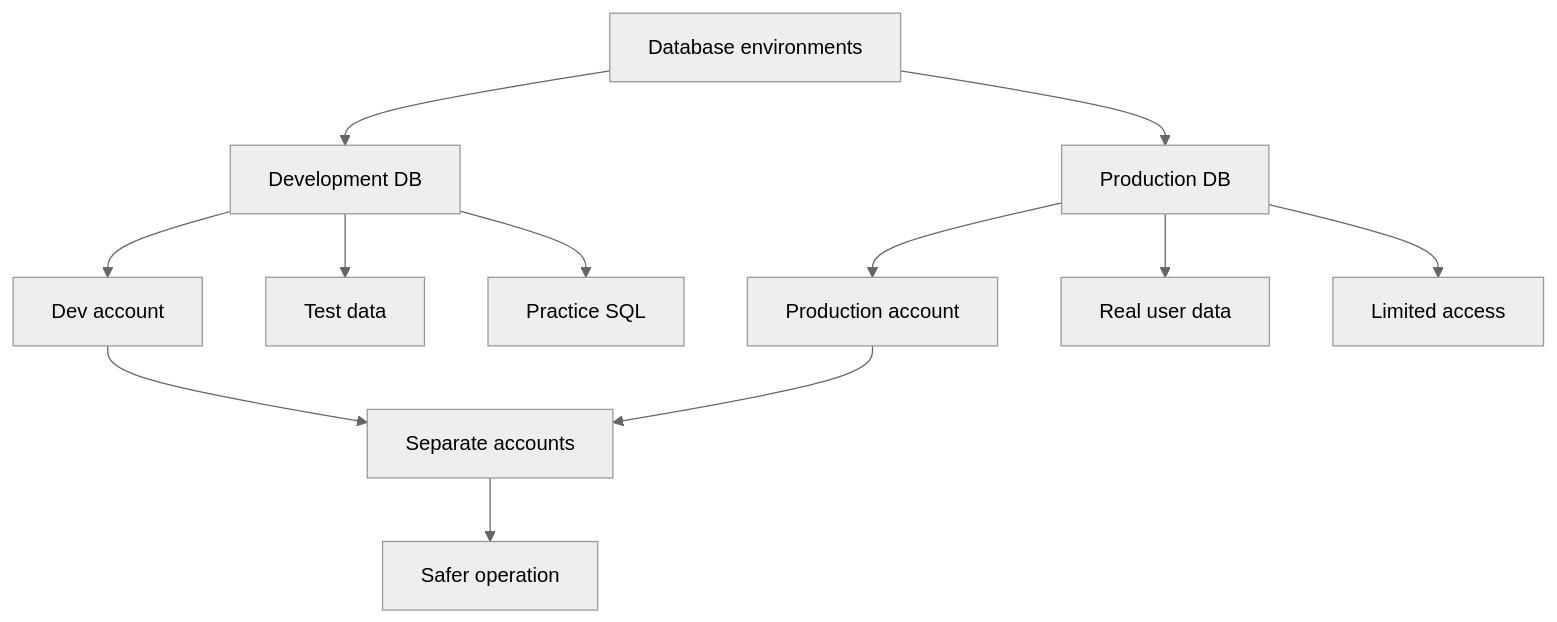
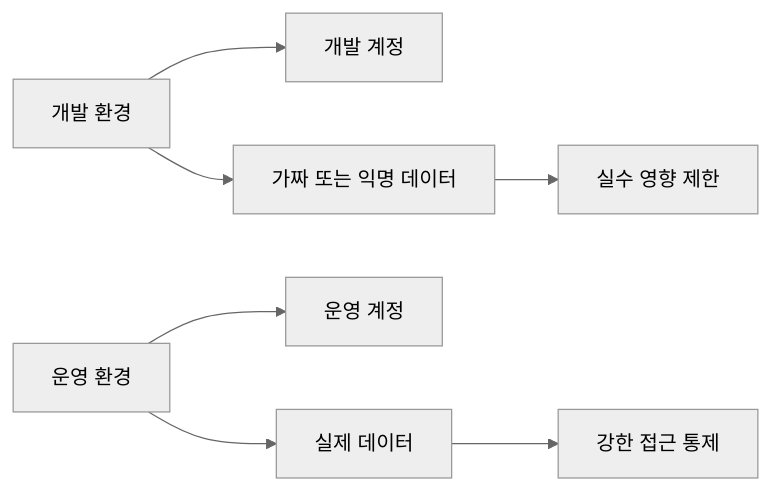
One commit to GilbertMoon/ai-database-book changed the diagram in images/chapter11/ch11_05_dev_prod_account_separation.mmd. Above: the diagram before and after it, drawn with Mermaid (neutral theme). The commit also changed 47 other files, not shown here.

Commit message:
Revise Chapters 10 and 11 content and diagrams

```diff
--- a/images/chapter11/ch11_05_dev_prod_account_separation.mmd
+++ b/images/chapter11/ch11_05_dev_prod_account_separation.mmd
@@ -1,15 +1,7 @@
-flowchart TB
-    A[Database environments] --> B[Development DB]
-    A --> C[Production DB]
-
-    B --> B1[Dev account]
-    B --> B2[Test data]
-    B --> B3[Practice SQL]
-
-    C --> C1[Production account]
-    C --> C2[Real user data]
-    C --> C3[Limited access]
-
-    B1 --> D[Separate accounts]
-    C1 --> D
-    D --> E[Safer operation]
+flowchart LR
+    A[개발 환경] --> B[개발 계정]
+    A --> C[가짜 또는 익명 데이터]
+    D[운영 환경] --> E[운영 계정]
+    D --> F[실제 데이터]
+    F --> G[강한 접근 통제]
+    C --> H[실수 영향 제한]
```
